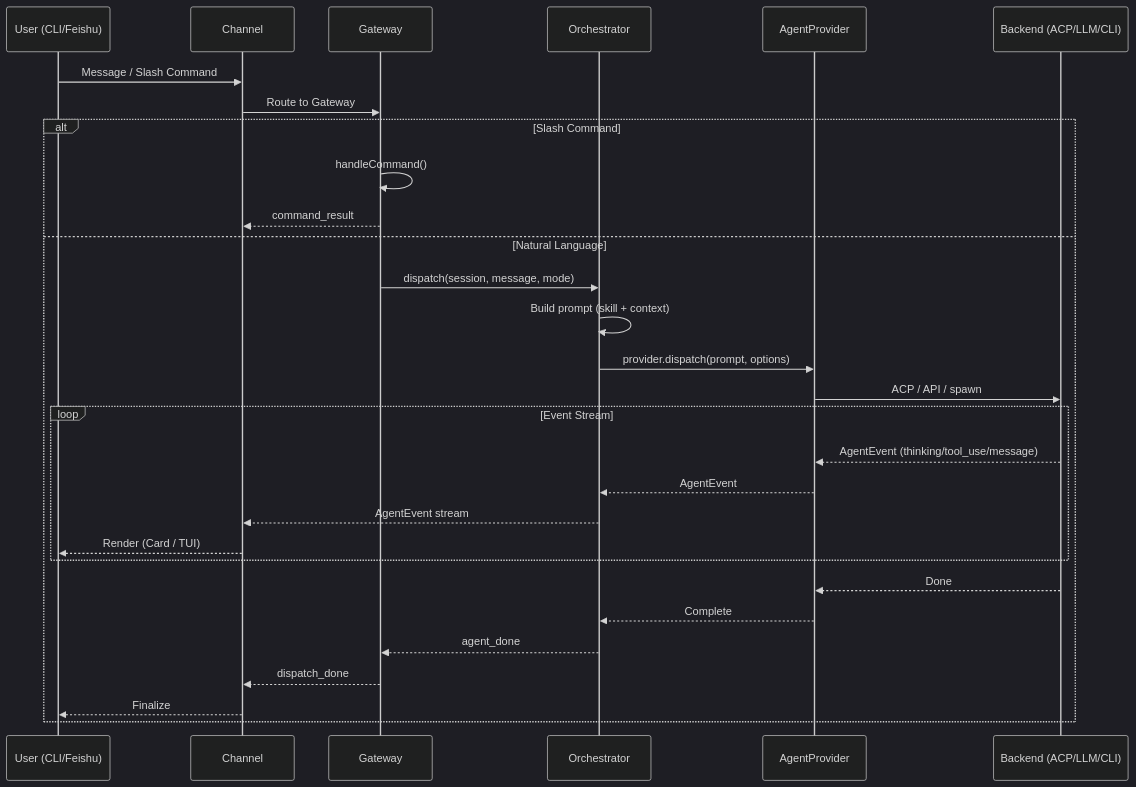
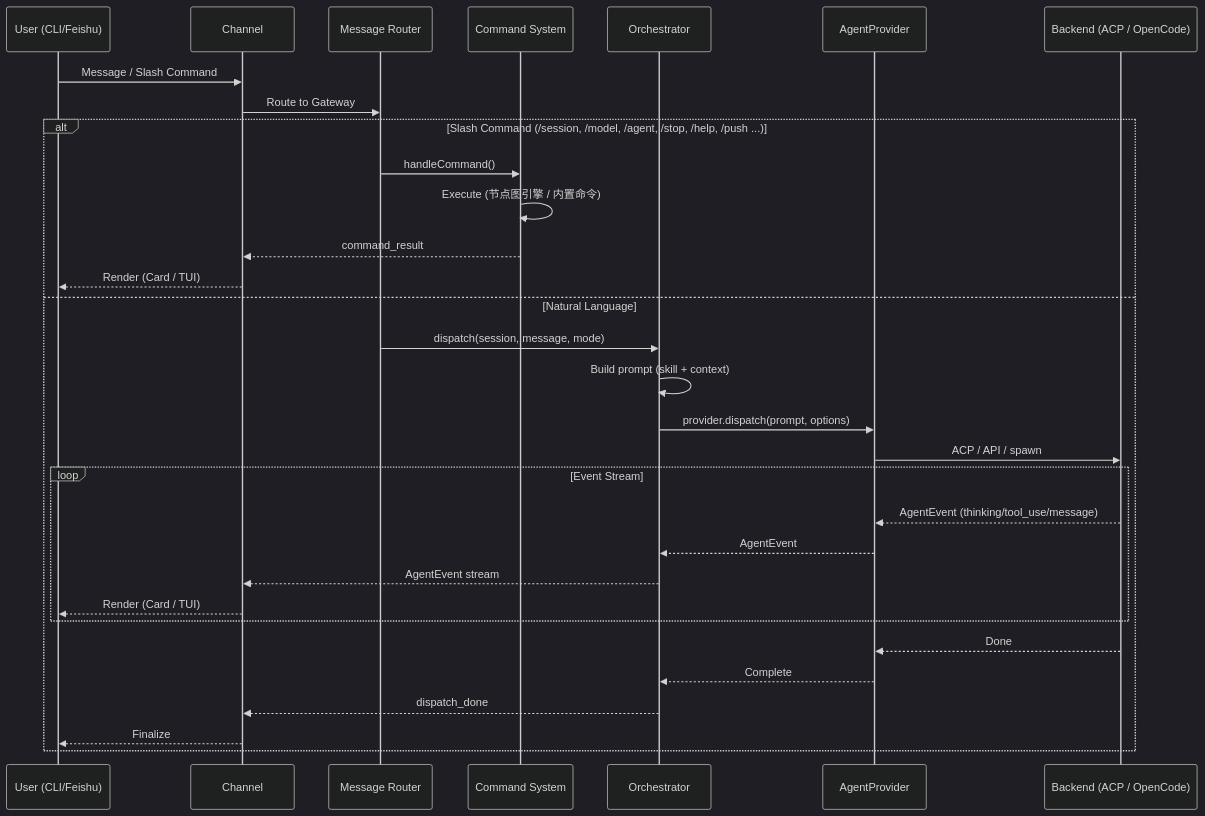
The second of 2 diagrams in README.md (Lu-Kye/OpenCrossAgent), drawn with Mermaid (dark theme) before and after one commit. The commit also changed other lines of this file, not shown here.

Commit message:
feat: adjust agent backend layer to prioritize codely-cli + opencode

````diff
--- a/README.md
+++ b/README.md
@@ -154,35 +180,37 @@
 ```mermaid
 sequenceDiagram
     participant U as User (CLI/Feishu)
     participant CH as Channel
-    participant GW as Gateway
+    participant RT as Message Router
+    participant CMD as Command System
     participant ORC as Orchestrator
     participant PRV as AgentProvider
-    participant BE as Backend (ACP/LLM/CLI)
+    participant BE as Backend (ACP / OpenCode)
 
     U->>CH: Message / Slash Command
-    CH->>GW: Route to Gateway
+    CH->>RT: Route to Gateway
 
-    alt Slash Command
-        GW->>GW: handleCommand()
-        GW-->>CH: command_result
+    alt Slash Command (/session, /model, /agent, /stop, /help, /push ...)
+        RT->>CMD: handleCommand()
+        CMD->>CMD: Execute (节点图引擎 / 内置命令)
+        CMD-->>CH: command_result
+        CH-->>U: Render (Card / TUI)
     else Natural Language
-        GW->>ORC: dispatch(session, message, mode)
+        RT->>ORC: dispatch(session, message, mode)
         ORC->>ORC: Build prompt (skill + context)
         ORC->>PRV: provider.dispatch(prompt, options)
         PRV->>BE: ACP / API / spawn
 
         loop Event Stream
             BE-->>PRV: AgentEvent (thinking/tool_use/message)
             PRV-->>ORC: AgentEvent
             ORC-->>CH: AgentEvent stream
             CH-->>U: Render (Card / TUI)
         end
 
         BE-->>PRV: Done
         PRV-->>ORC: Complete
-        ORC-->>GW: agent_done
-        GW-->>CH: dispatch_done
+        ORC-->>CH: dispatch_done
         CH-->>U: Finalize
     end
 ```
````
